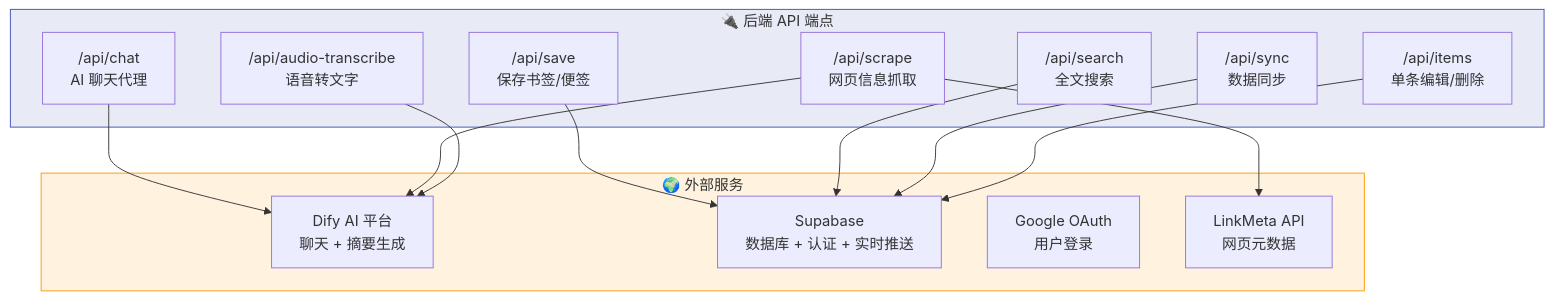
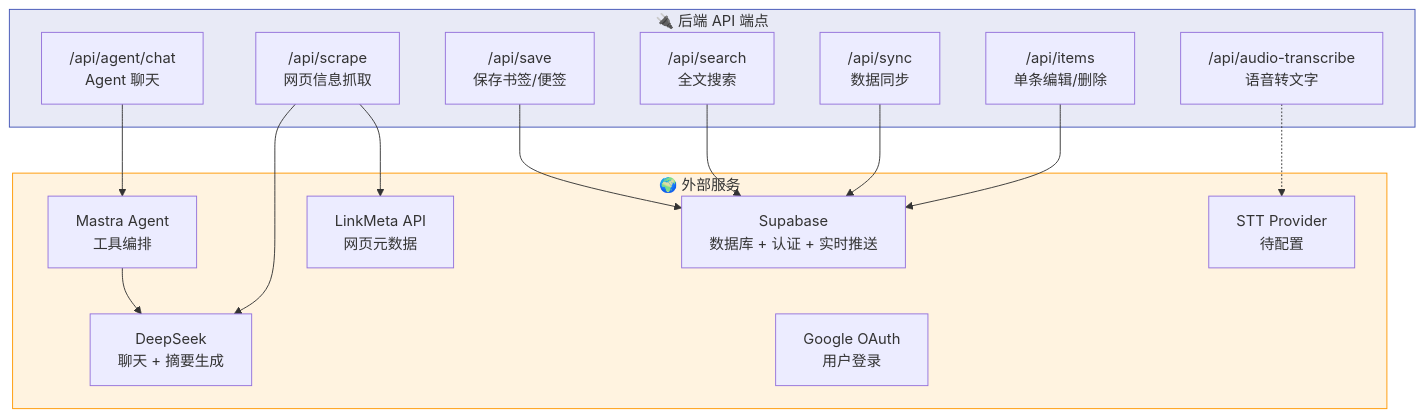
One commit to hiyeshu/kyo.is changed the ninth of 10 diagrams in docs/explain/01-system-overview.md. Above: the diagram before and after it, drawn with Mermaid. The commit also changed other lines of this file and 127 other files, not shown here.

Commit message:
migrate kyo to cloudflare mastra agent

````diff
--- a/docs/explain/01-system-overview.md
+++ b/docs/explain/01-system-overview.md
@@ -338,30 +338,32 @@
 ```mermaid
 graph TB
     subgraph API端点["🔌 后端 API 端点"]
-        ChatAPI["/api/chat<br/>AI 聊天代理"]
+        ChatAPI["/api/agent/chat<br/>Agent 聊天"]
         ScrapeAPI["/api/scrape<br/>网页信息抓取"]
         SaveAPI["/api/save<br/>保存书签/便签"]
         SearchAPI["/api/search<br/>全文搜索"]
         SyncAPI["/api/sync<br/>数据同步"]
         ItemsAPI["/api/items<br/>单条编辑/删除"]
         AudioAPI["/api/audio-transcribe<br/>语音转文字"]
     end
 
     subgraph 外部服务["🌍 外部服务"]
-        Dify["Dify AI 平台<br/>聊天 + 摘要生成"]
+        Mastra["Mastra Agent<br/>工具编排"]
+        DeepSeek["DeepSeek<br/>聊天 + 摘要生成"]
         Supabase["Supabase<br/>数据库 + 认证 + 实时推送"]
         Google["Google OAuth<br/>用户登录"]
         LinkMeta["LinkMeta API<br/>网页元数据"]
+        STT["STT Provider<br/>待配置"]
     end
 
-    ChatAPI --> Dify
-    ScrapeAPI --> Dify & LinkMeta
+    ChatAPI --> Mastra --> DeepSeek
+    ScrapeAPI --> DeepSeek & LinkMeta
     SaveAPI --> Supabase
     SearchAPI --> Supabase
     SyncAPI --> Supabase
     ItemsAPI --> Supabase
-    AudioAPI --> Dify
+    AudioAPI -.-> STT
 
     style API端点 fill:#E8EAF6,stroke:#3F51B5
     style 外部服务 fill:#FFF3E0,stroke:#FF9800
 ```
````
